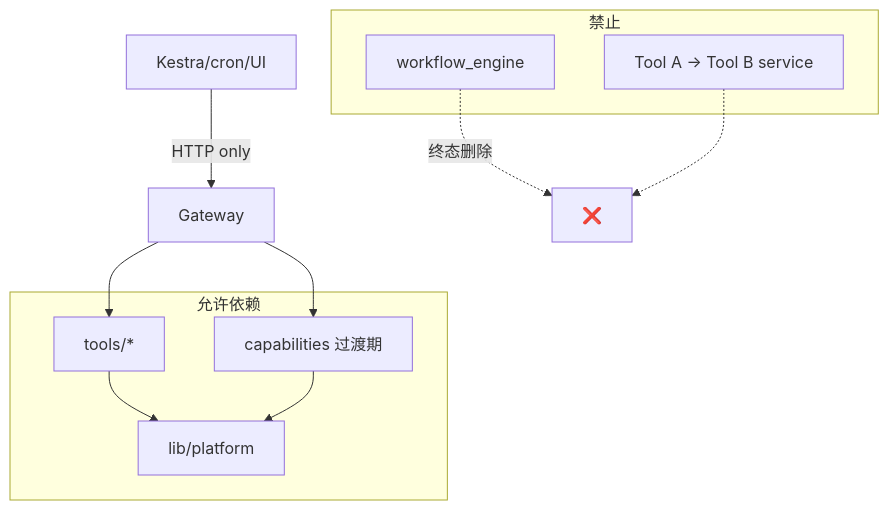
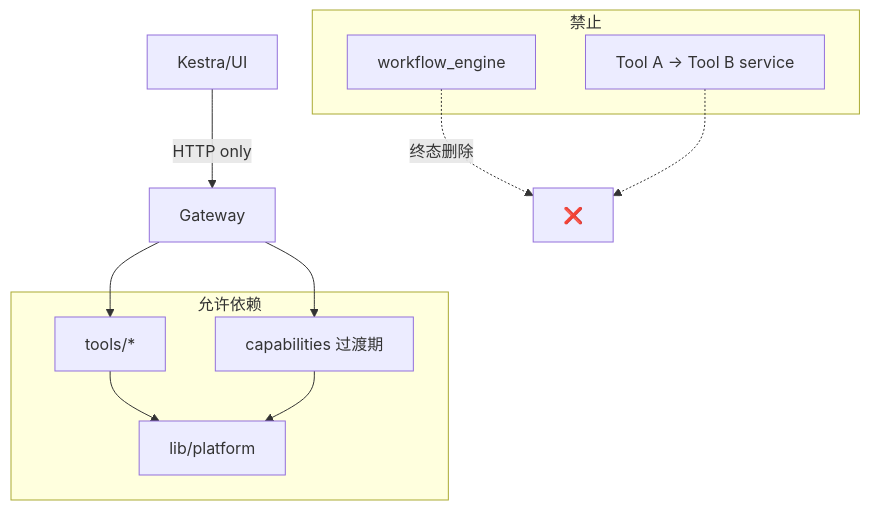
One commit to algo-boost/DetForge-Studio changed the ninth of 10 diagrams in docs/ARCHITECTURE_DIAGRAMS.md. Above: the diagram before and after it, drawn with Mermaid. The commit also changed other lines of this file and 37 other files, not shown here.

````diff
--- a/docs/ARCHITECTURE_DIAGRAMS.md
+++ b/docs/ARCHITECTURE_DIAGRAMS.md
@@ -276,22 +278,22 @@
 ```mermaid
 flowchart TB
   subgraph allowed [允许依赖]
     Platform[lib/platform]
     Tools[tools/*]
     Cap[capabilities 过渡期]
   end
 
   subgraph forbidden [禁止]
     Engine[workflow_engine]
     Cross[Tool A → Tool B service]
   end
 
-  Orch[Kestra/cron/UI] -->|HTTP only| GW[Gateway]
+  Orch[Kestra/UI] -->|HTTP only| GW[Gateway]
   GW --> Tools
   GW --> Cap
   Tools --> Platform
   Cap --> Platform
 
   Engine -.->|终态删除| X[❌]
   Cross -.-> X
 ```
````
